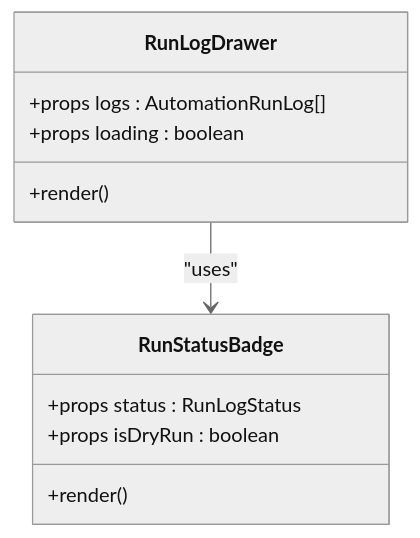
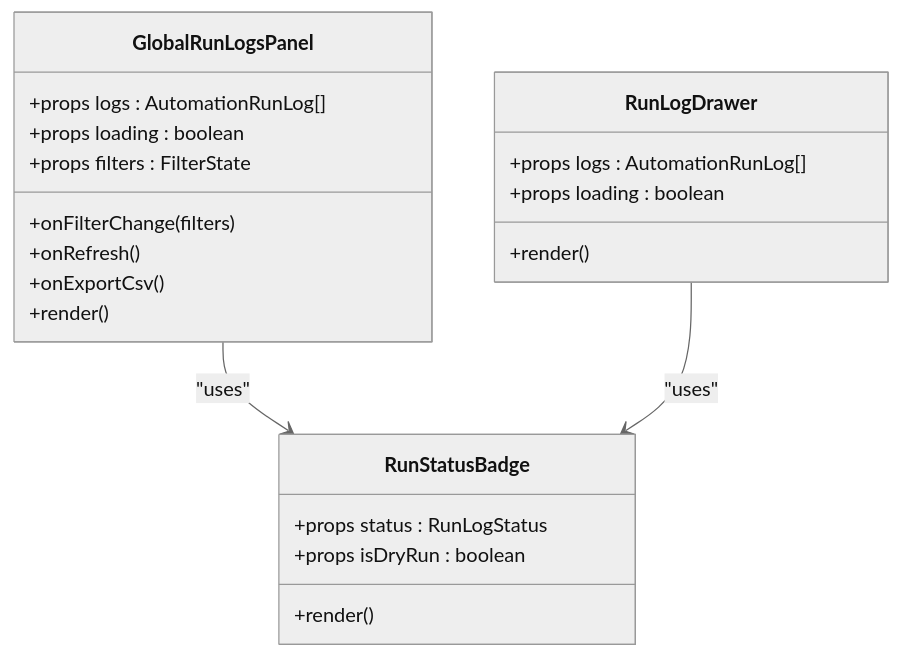
One commit to gastaldellomarco/pcReady changed the eighth of 9 diagrams in .qoder/repowiki/en/content/Automation System/Automation Monitoring and Logs.md. Above: the diagram before and after it, drawn with Mermaid (neutral theme). The commit also changed other lines of this file and 19 other files, not shown here.

First line of the commit message:
feat(automation): enhance Automation Flow Builder with dual-mode design and advanced UI

````diff
--- a/.qoder/repowiki/en/content/Automation System/Automation Monitoring and Logs.md
+++ b/.qoder/repowiki/en/content/Automation System/Automation Monitoring and Logs.md
@@ -282,14 +424,24 @@
 ```mermaid
 classDiagram
+class GlobalRunLogsPanel {
++props logs : AutomationRunLog[]
++props loading : boolean
++props filters : FilterState
++onFilterChange(filters)
++onRefresh()
++onExportCsv()
++render()
+}
 class RunLogDrawer {
 +props logs : AutomationRunLog[]
 +props loading : boolean
 +render()
 }
 class RunStatusBadge {
 +props status : RunLogStatus
 +props isDryRun : boolean
 +render()
 }
+GlobalRunLogsPanel --> RunStatusBadge : "uses"
 RunLogDrawer --> RunStatusBadge : "uses"
 ```
````
